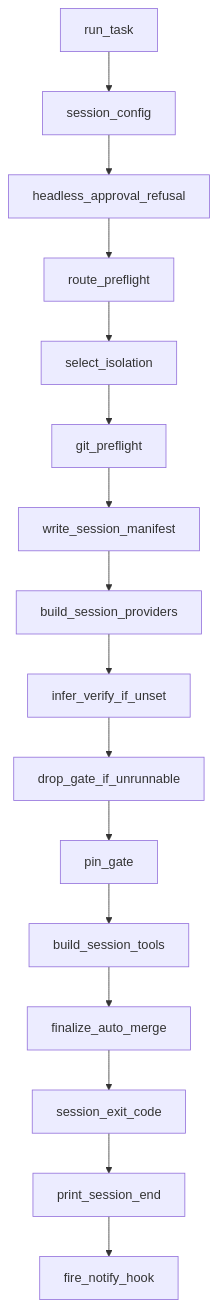
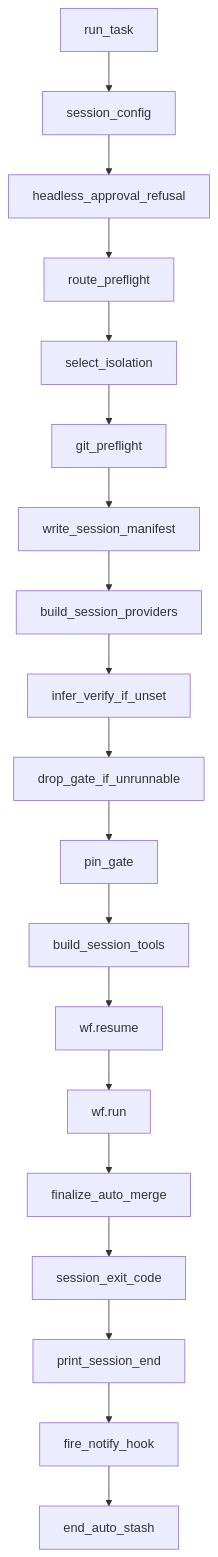
The second of 6 diagrams in docs/architecture.md (agent6-dev/agent6), drawn with Mermaid before and after one commit. The commit also changed 41 other files, not shown here.

````diff
--- a/docs/architecture.md
+++ b/docs/architecture.md
@@ -86,34 +86,40 @@
 ```mermaid
 graph TD
     n_run_task["run_task"]
     n_session_config["session_config"]
     n_headless_approval_refusal["headless_approval_refusal"]
     n_route_preflight["route_preflight"]
     n_select_isolation["select_isolation"]
     n_git_preflight["git_preflight"]
     n_write_session_manifest["write_session_manifest"]
     n_build_session_providers["build_session_providers"]
     n_infer_verify_if_unset["infer_verify_if_unset"]
     n_drop_gate_if_unrunnable["drop_gate_if_unrunnable"]
     n_pin_gate["pin_gate"]
     n_build_session_tools["build_session_tools"]
+    n_wf_resume["wf.resume"]
+    n_wf_run["wf.run"]
     n_finalize_auto_merge["finalize_auto_merge"]
     n_session_exit_code["session_exit_code"]
     n_print_session_end["print_session_end"]
     n_fire_notify_hook["fire_notify_hook"]
+    n_end_auto_stash["end_auto_stash"]
     n_run_task --> n_session_config
     n_session_config --> n_headless_approval_refusal
     n_headless_approval_refusal --> n_route_preflight
     n_route_preflight --> n_select_isolation
     n_select_isolation --> n_git_preflight
     n_git_preflight --> n_write_session_manifest
     n_write_session_manifest --> n_build_session_providers
     n_build_session_providers --> n_infer_verify_if_unset
     n_infer_verify_if_unset --> n_drop_gate_if_unrunnable
     n_drop_gate_if_unrunnable --> n_pin_gate
     n_pin_gate --> n_build_session_tools
-    n_build_session_tools --> n_finalize_auto_merge
+    n_build_session_tools --> n_wf_resume
+    n_wf_resume --> n_wf_run
+    n_wf_run --> n_finalize_auto_merge
     n_finalize_auto_merge --> n_session_exit_code
     n_session_exit_code --> n_print_session_end
     n_print_session_end --> n_fire_notify_hook
+    n_fire_notify_hook --> n_end_auto_stash
 ```
````
